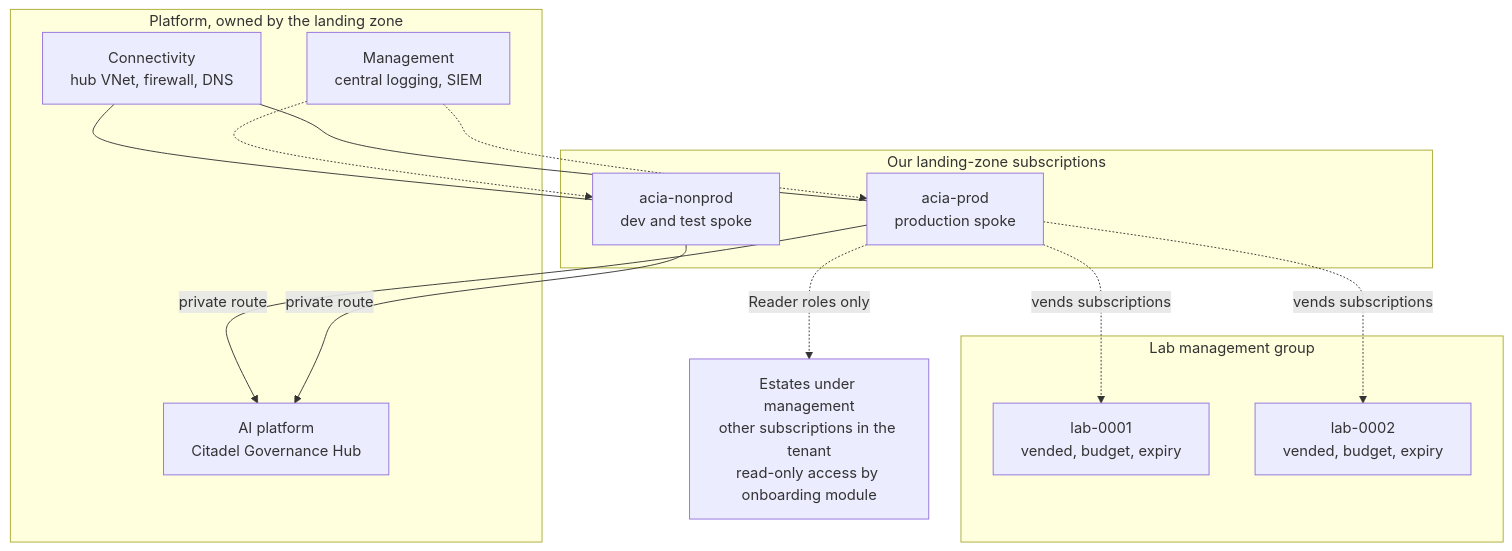
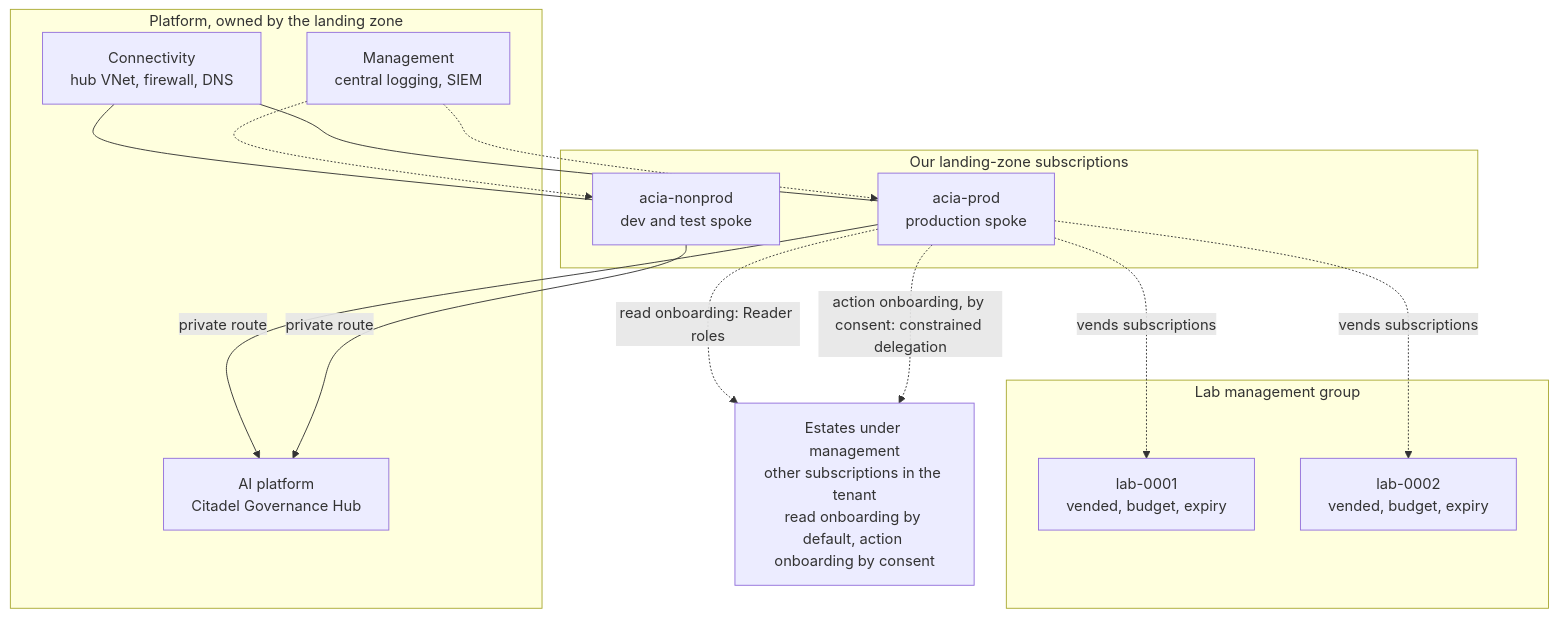
Before and after one commit to tinodo/meternaut: the diagram in docs/design/04-landing-zone-and-citadel.md, drawn with Mermaid. The commit also changed other lines of this file and 23 other files, not shown here.

````diff
--- a/docs/design/04-landing-zone-and-citadel.md
+++ b/docs/design/04-landing-zone-and-citadel.md
@@ -48,26 +48,27 @@
 ```mermaid
 flowchart TB
     subgraph PLT["Platform, owned by the landing zone"]
         CON["Connectivity<br/>hub VNet, firewall, DNS"]
         MGT["Management<br/>central logging, SIEM"]
         AIH["AI platform<br/>Citadel Governance Hub"]
     end
     subgraph OURS["Our landing-zone subscriptions"]
         PRD["acia-prod<br/>production spoke"]
         NPD["acia-nonprod<br/>dev and test spoke"]
     end
     subgraph LABG["Lab management group"]
         LB1["lab-0001<br/>vended, budget, expiry"]
         LB2["lab-0002<br/>vended, budget, expiry"]
     end
-    EST["Estates under management<br/>other subscriptions in the tenant<br/>read-only access by onboarding module"]
+    EST["Estates under management<br/>other subscriptions in the tenant<br/>read onboarding by default, action onboarding by consent"]
     CON --- PRD
     CON --- NPD
     PRD -->|"private route"| AIH
     NPD -->|"private route"| AIH
-    PRD -.->|"Reader roles only"| EST
+    PRD -.->|"read onboarding: Reader roles"| EST
+    PRD -.->|"action onboarding, by consent: constrained delegation"| EST
     PRD -.->|"vends subscriptions"| LB1
     PRD -.->|"vends subscriptions"| LB2
     MGT -.-> PRD
     MGT -.-> NPD
 ```
````
